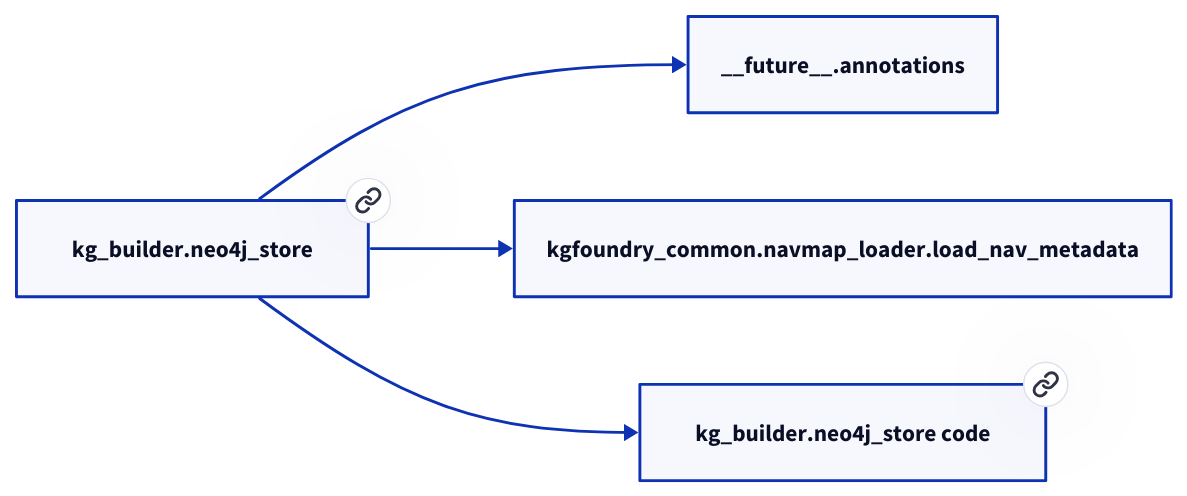
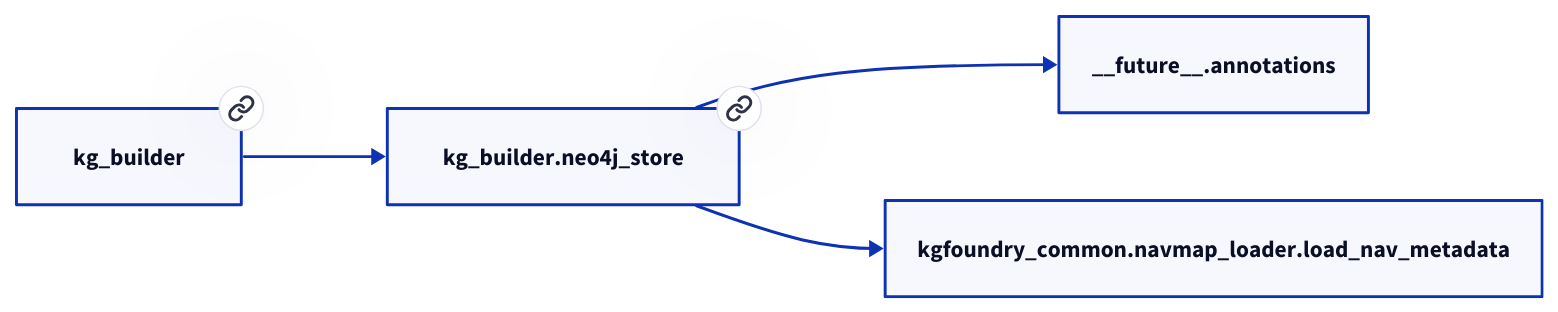
The second of 2 diagrams in docs/modules/kg_builder/neo4j_store.md (paul-heyse/kgforge), drawn with D2 before and after one commit. The commit also changed other lines of this file and 208 other files, not shown here.

````diff
--- a/docs/modules/kg_builder/neo4j_store.md
+++ b/docs/modules/kg_builder/neo4j_store.md
@@ -34,10 +38,10 @@
 ```d2
 direction: right
-"kg_builder.neo4j_store": "kg_builder.neo4j_store" { link: "./kg_builder/neo4j_store.md" }
+"kg_builder.neo4j_store": "kg_builder.neo4j_store" { link: "https://github.com/paul-heyse/kgfoundry/blob/main/src/kg_builder/neo4j_store.py" }
 "__future__.annotations": "__future__.annotations"
 "kg_builder.neo4j_store" -> "__future__.annotations"
 "kgfoundry_common.navmap_loader.load_nav_metadata": "kgfoundry_common.navmap_loader.load_nav_metadata"
 "kg_builder.neo4j_store" -> "kgfoundry_common.navmap_loader.load_nav_metadata"
-"kg_builder.neo4j_store_code": "kg_builder.neo4j_store code" { link: "https://github.com/kgfoundry/kgfoundry/blob/main/src/kg_builder/neo4j_store.py" }
-"kg_builder.neo4j_store" -> "kg_builder.neo4j_store_code" { style: dashed }
+"kg_builder": "kg_builder" { link: "https://github.com/paul-heyse/kgfoundry/blob/main/src/kg_builder/__init__.py" }
+"kg_builder" -> "kg_builder.neo4j_store" { style: dashed }
 ```
````
